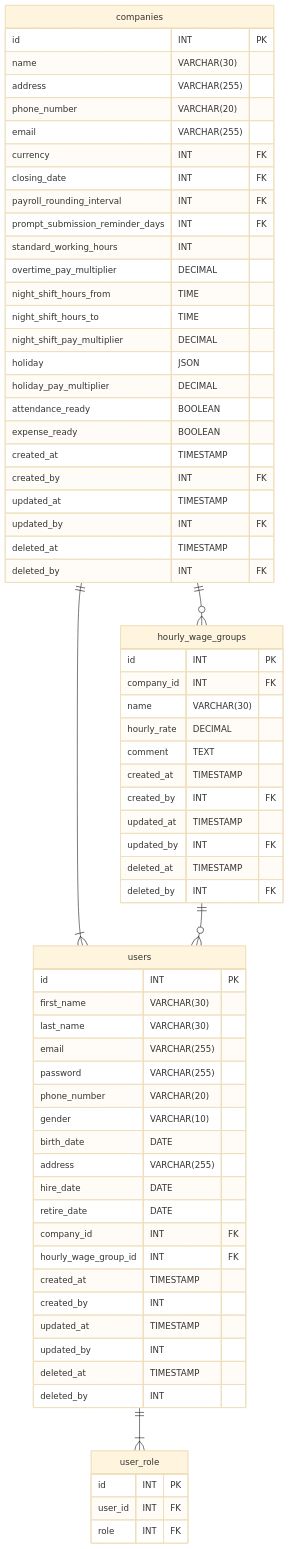
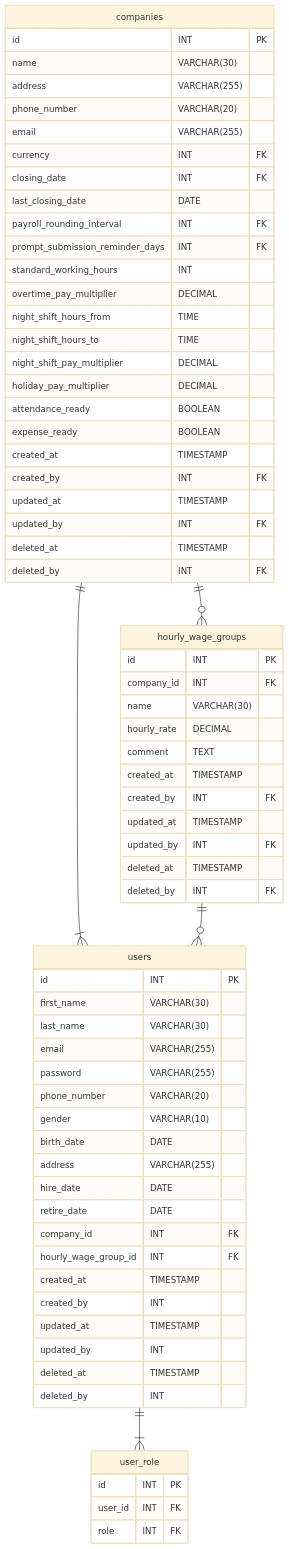
The third of 5 diagrams in Documents/Database Design/Entity-RelationshipDiagrams.md (reo00ngee/attendance), drawn with Mermaid (base theme) before and after one commit. The commit also changed other lines of this file and 5 other files, not shown here.

````diff
--- a/Documents/Database Design/Entity-RelationshipDiagrams.md
+++ b/Documents/Database Design/Entity-RelationshipDiagrams.md
@@ -256,78 +255,78 @@
 ```mermaid
 
 erDiagram
   companies ||--|{ users: ""
   companies ||--o{ hourly_wage_groups: ""
   hourly_wage_groups ||--o{ users: ""
   users ||--|{ user_role: ""
 
   users{
     id INT PK
     first_name VARCHAR(30) 
     last_name VARCHAR(30) 
     email VARCHAR(255) 
     password VARCHAR(255) 
     phone_number VARCHAR(20) 
     gender VARCHAR(10) 
     birth_date DATE
     address VARCHAR(255)
     hire_date DATE
     retire_date DATE
     company_id INT FK
     hourly_wage_group_id INT FK
     created_at TIMESTAMP
     created_by INT
     updated_at TIMESTAMP
     updated_by INT
     deleted_at TIMESTAMP
     deleted_by INT 
   }
 
   user_role{
     id INT PK
     user_id INT FK
     role INT FK
   }
 
   hourly_wage_groups{
     id INT PK
     company_id INT FK
     name VARCHAR(30)
     hourly_rate DECIMAL
     comment TEXT
     created_at TIMESTAMP
     created_by INT FK
     updated_at TIMESTAMP
     updated_by INT FK
     deleted_at TIMESTAMP
     deleted_by INT FK
   }
 
   companies{
     id INT PK
     name VARCHAR(30)
     address VARCHAR(255)
     phone_number VARCHAR(20)
     email VARCHAR(255)
     currency INT FK
     closing_date INT FK
+    last_closing_date DATE
     payroll_rounding_interval INT FK
     prompt_submission_reminder_days INT FK
     standard_working_hours INT
     overtime_pay_multiplier DECIMAL
     night_shift_hours_from TIME
     night_shift_hours_to TIME
     night_shift_pay_multiplier DECIMAL
-    holiday JSON
     holiday_pay_multiplier DECIMAL
     attendance_ready BOOLEAN
     expense_ready BOOLEAN
     created_at TIMESTAMP
     created_by INT FK
     updated_at TIMESTAMP
     updated_by INT FK
     deleted_at TIMESTAMP
     deleted_by INT FK
   }
 
 ```
````
